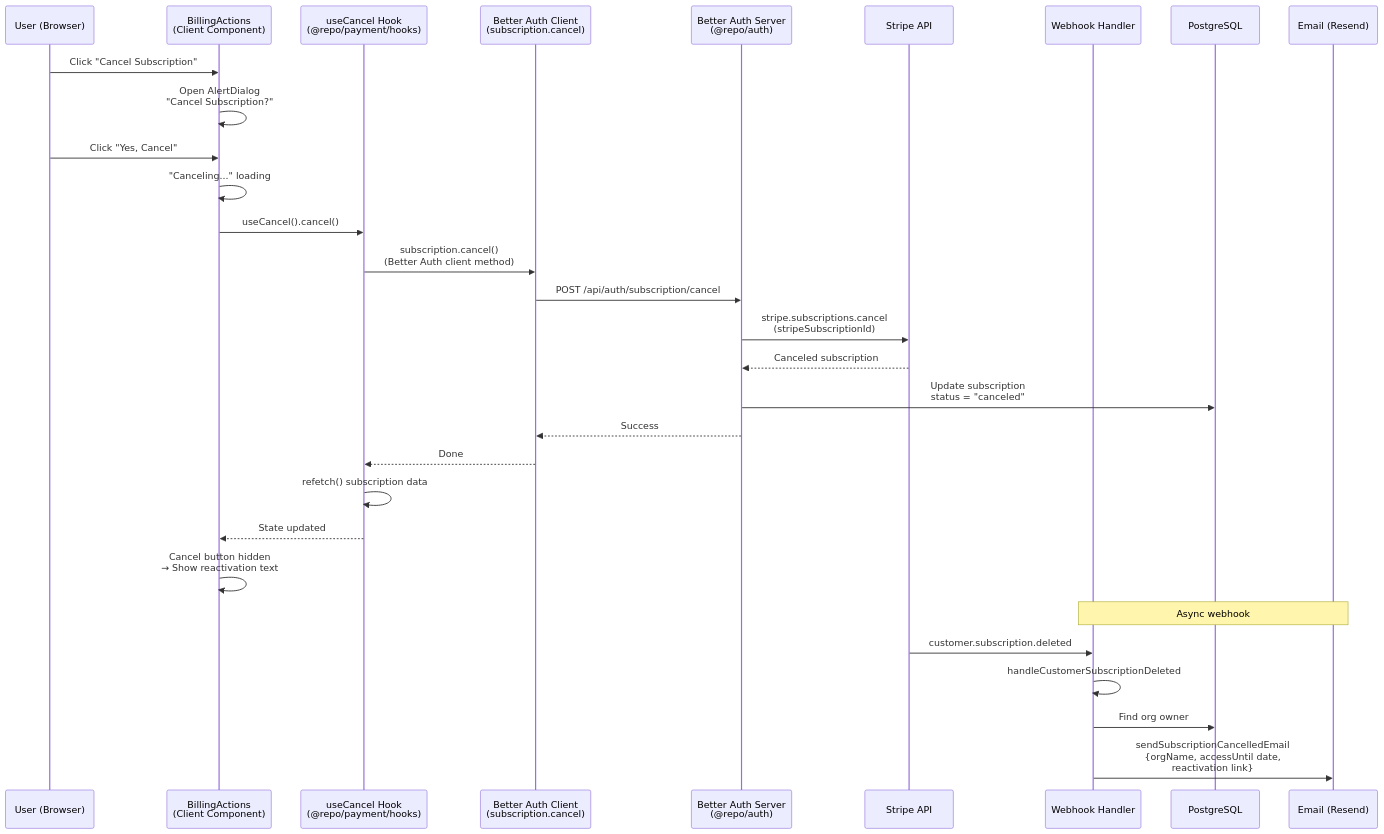
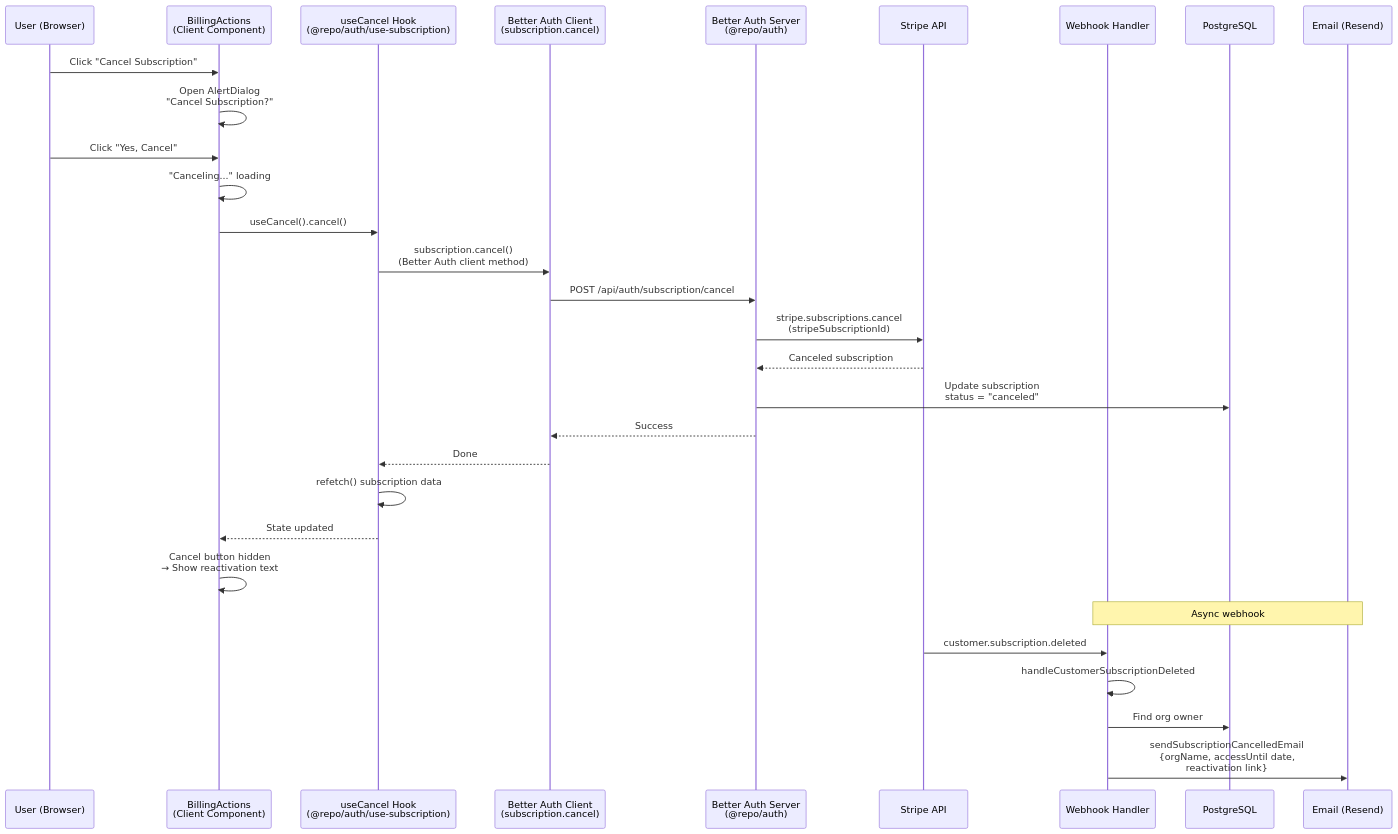
The fifth of 7 diagrams in apps/web/e2e/payment/manual-test-cases.md (saasprokit-com/saasprokit), drawn with Mermaid before and after one commit. The commit also changed other lines of this file and 35 other files, not shown here.

First line of the commit message:
refactor(auth): merge @repo/payment into @repo/auth

````diff
--- a/apps/web/e2e/payment/manual-test-cases.md
+++ b/apps/web/e2e/payment/manual-test-cases.md
@@ -284,39 +284,39 @@
 ```mermaid
 sequenceDiagram
     participant U as User (Browser)
     participant BA as BillingActions<br/>(Client Component)
-    participant HC as useCancel Hook<br/>(@repo/payment/hooks)
+    participant HC as useCancel Hook<br/>(@repo/auth/use-subscription)
     participant Auth as Better Auth Client<br/>(subscription.cancel)
     participant API as Better Auth Server<br/>(@repo/auth)
     participant S as Stripe API
     participant WH as Webhook Handler
     participant DB as PostgreSQL
     participant E as Email (Resend)
 
     U->>BA: Click "Cancel Subscription"
     BA->>BA: Open AlertDialog<br/>"Cancel Subscription?"
 
     U->>BA: Click "Yes, Cancel"
     BA->>BA: "Canceling..." loading
     BA->>HC: useCancel().cancel()
 
     HC->>Auth: subscription.cancel()<br/>(Better Auth client method)
     Auth->>API: POST /api/auth/subscription/cancel
 
     API->>S: stripe.subscriptions.cancel<br/>(stripeSubscriptionId)
     S-->>API: Canceled subscription
 
     API->>DB: Update subscription<br/>status = "canceled"
     API-->>Auth: Success
     Auth-->>HC: Done
     HC->>HC: refetch() subscription data
     HC-->>BA: State updated
 
     BA->>BA: Cancel button hidden<br/>→ Show reactivation text
 
     Note over WH,E: Async webhook
     S->>WH: customer.subscription.deleted
     WH->>WH: handleCustomerSubscriptionDeleted
     WH->>DB: Find org owner
     WH->>E: sendSubscriptionCancelledEmail<br/>{orgName, accessUntil date,<br/>reactivation link}
 ```
````
